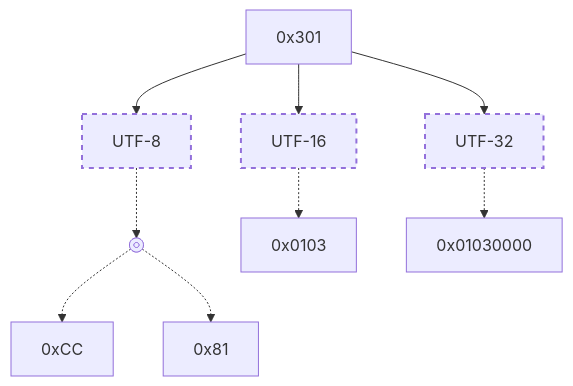
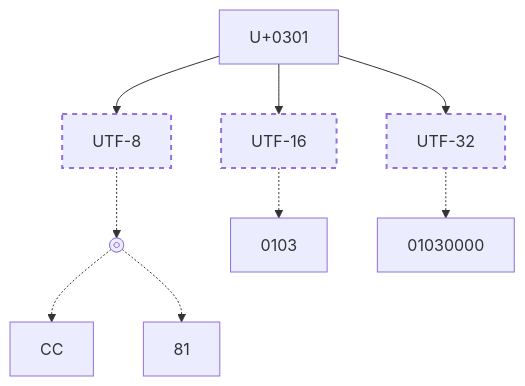
The third of 3 diagrams in src/blog/posts/202412-python-strings.md (drdv/drdv.github.io), drawn with Mermaid before and after one commit. The commit also changed other lines of this file and 1 other file, not shown here.

````diff
--- a/src/blog/posts/202412-python-strings.md
+++ b/src/blog/posts/202412-python-strings.md
@@ -388,21 +388,21 @@
 ``` mermaid
 flowchart TD
 	%%{init: {'themeVariables': {'title': 'My Flowchart Title'}}}%%
 
-	s["0x301"]
+	s["U+0301"]
 	s --> utf8["UTF-8"]
 	s --> utf16["UTF-16"]
 	s --> utf32["UTF-32"]
 
 	C@{ shape: framed-circle, label: "Stop" }
-	C -.-> utf8-1["0xCC"]
-	C -.-> utf8-2["0x81"]
+	C -.-> utf8-1["CC"]
+	C -.-> utf8-2["81"]
 
 	utf8 -.-> C
-	utf16 -.-> utf16-1["0x0103"]
-	utf32 -.-> utf16-2["0x01030000"]
+	utf16 -.-> utf16-1["0103"]
+	utf32 -.-> utf16-2["01030000"]
 
 	style utf8 stroke-width:2px,stroke-dasharray: 5 5
 	style utf16 stroke-width:2px,stroke-dasharray: 5 5
 	style utf32 stroke-width:2px,stroke-dasharray: 5 5
 ```
````
